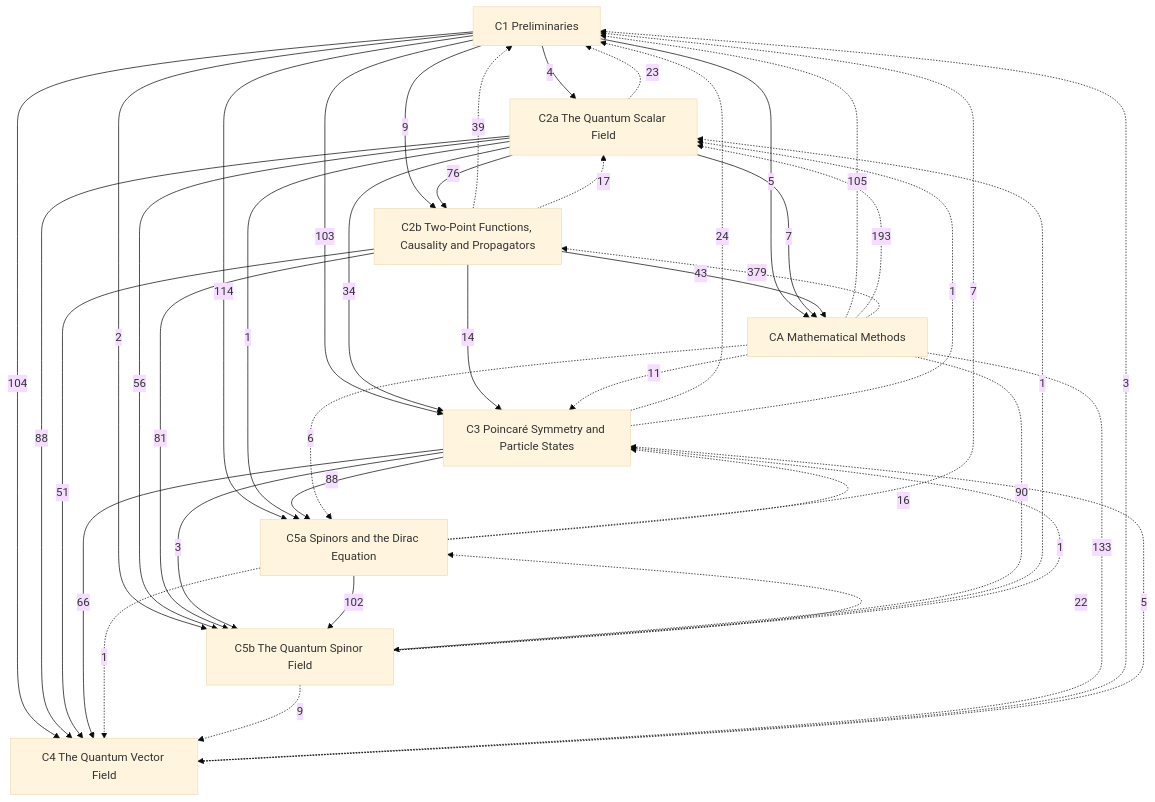
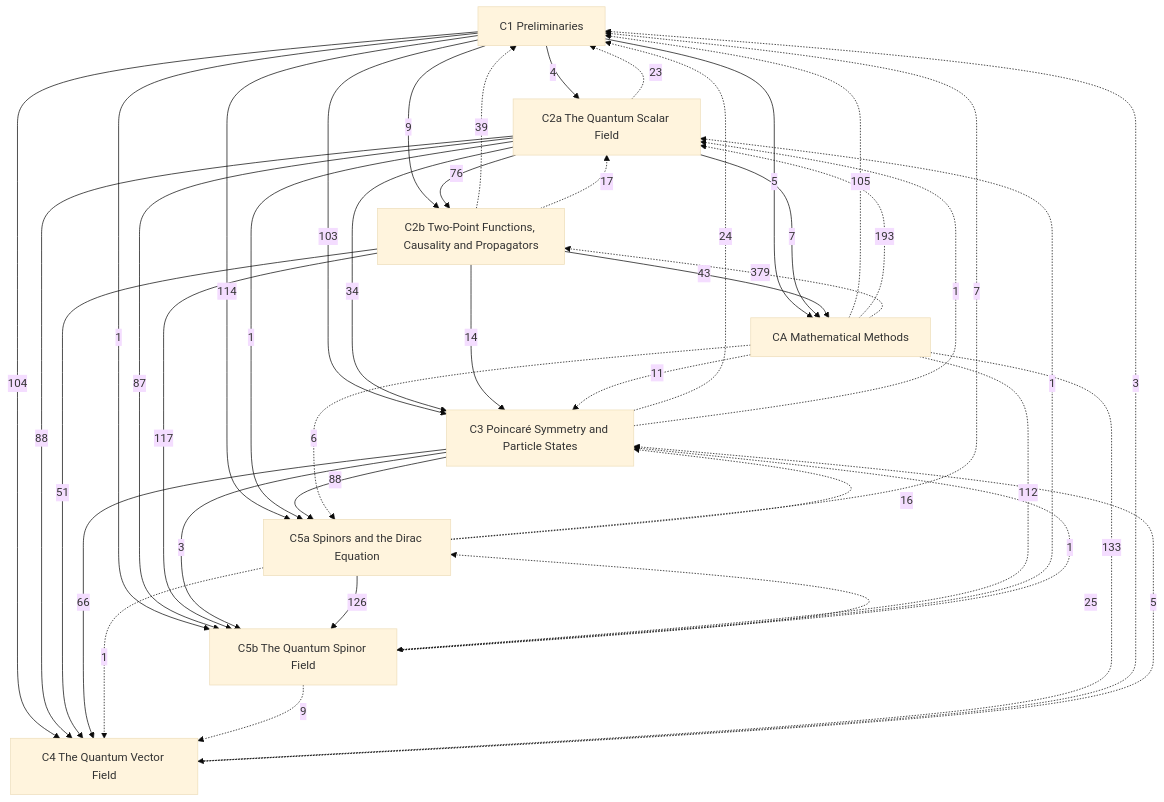
The diagram in Physics/Quantum Field Theory/Quantum Field Theory.md (Onion20040508/notes), drawn with Mermaid (base theme) before and after one commit. The commit also changed other lines of this file and 14 other files, not shown here.

````diff
--- a/Physics/Quantum Field Theory/Quantum Field Theory.md
+++ b/Physics/Quantum Field Theory/Quantum Field Theory.md
@@ -27,53 +27,53 @@
 ```mermaid
 graph TD
   C1["C1 Preliminaries"]
   C2a["C2a The Quantum Scalar Field"]
   C2b["C2b Two-Point Functions, Causality and Propagators"]
   C3["C3 Poincaré Symmetry and Particle States"]
   C4["C4 The Quantum Vector Field"]
   C5a["C5a Spinors and the Dirac Equation"]
   C5b["C5b The Quantum Spinor Field"]
   CA["CA Mathematical Methods"]
   C1 -->|4| C2a
   C1 -->|9| C2b
   C2a -->|76| C2b
   C1 -->|103| C3
   C2a -->|34| C3
   C2b -->|14| C3
   C1 -->|104| C4
   C2a -->|88| C4
   C2b -->|51| C4
   C3 -->|66| C4
   C1 -->|114| C5a
   C2a -->|1| C5a
   C3 -->|88| C5a
-  C1 -->|2| C5b
-  C2a -->|56| C5b
-  C2b -->|81| C5b
+  C1 -->|1| C5b
+  C2a -->|87| C5b
+  C2b -->|117| C5b
   C3 -->|3| C5b
-  C5a -->|102| C5b
+  C5a -->|126| C5b
   C1 -->|5| CA
   C2a -->|7| CA
   C2b -->|43| CA
   C2a -.->|23| C1
   C2b -.->|39| C1
   C3 -.->|24| C1
   C4 -.->|3| C1
   C5a -.->|7| C1
   CA -.->|105| C1
   C2b -.->|17| C2a
   C3 -.->|1| C2a
   C5b -.->|1| C2a
   CA -.->|193| C2a
   CA -.->|379| C2b
   C4 -.->|5| C3
   C5a -.->|16| C3
   C5b -.->|1| C3
   CA -.->|11| C3
   C5a -.->|1| C4
   C5b -.->|9| C4
   CA -.->|133| C4
-  C5b -.->|22| C5a
+  C5b -.->|25| C5a
   CA -.->|6| C5a
-  CA -.->|90| C5b
+  CA -.->|112| C5b
 ```
````
